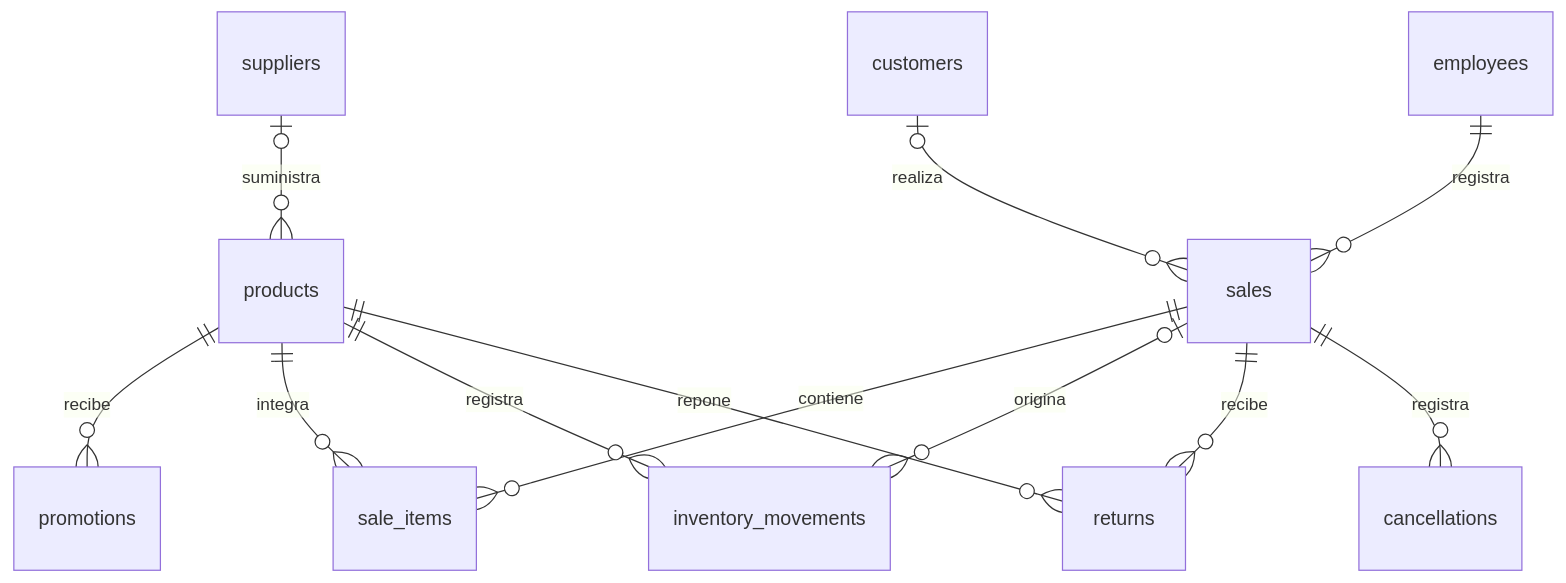
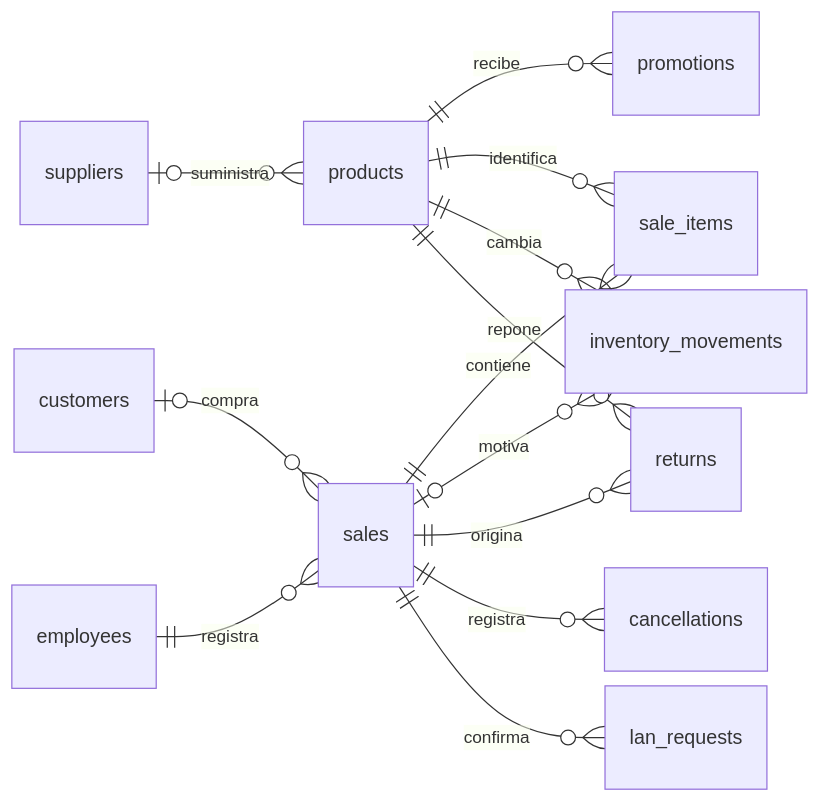
The second of 4 diagrams in docs/SDD.md (SQEquipo3/Trapitos), drawn with Mermaid before and after one commit. The commit also changed other lines of this file and 6 other files, not shown here.

````diff
--- a/docs/SDD.md
+++ b/docs/SDD.md
@@ -291,14 +118,25 @@
 ```mermaid
+---
+config:
+  er:
+    nodeSpacing: 12
+    rankSpacing: 56
+    minEntityWidth: 50
+    minEntityHeight: 30
+    entityPadding: 7
+---
 erDiagram
+    direction LR
     suppliers |o--o{ products : suministra
+    customers |o--o{ sales : compra
+    employees ||--o{ sales : registra
     products ||--o{ promotions : recibe
-    customers |o--o{ sales : realiza
-    employees ||--o{ sales : registra
     sales ||--o{ sale_items : contiene
-    products ||--o{ sale_items : integra
-    products ||--o{ inventory_movements : registra
-    sales |o--o{ inventory_movements : origina
-    sales ||--o{ returns : recibe
+    products ||--o{ sale_items : identifica
+    products ||--o{ inventory_movements : cambia
+    sales |o--o{ inventory_movements : motiva
+    sales ||--o{ returns : origina
     products ||--o{ returns : repone
     sales ||--o{ cancellations : registra
+    sales ||--o{ lan_requests : confirma
 ```
````
